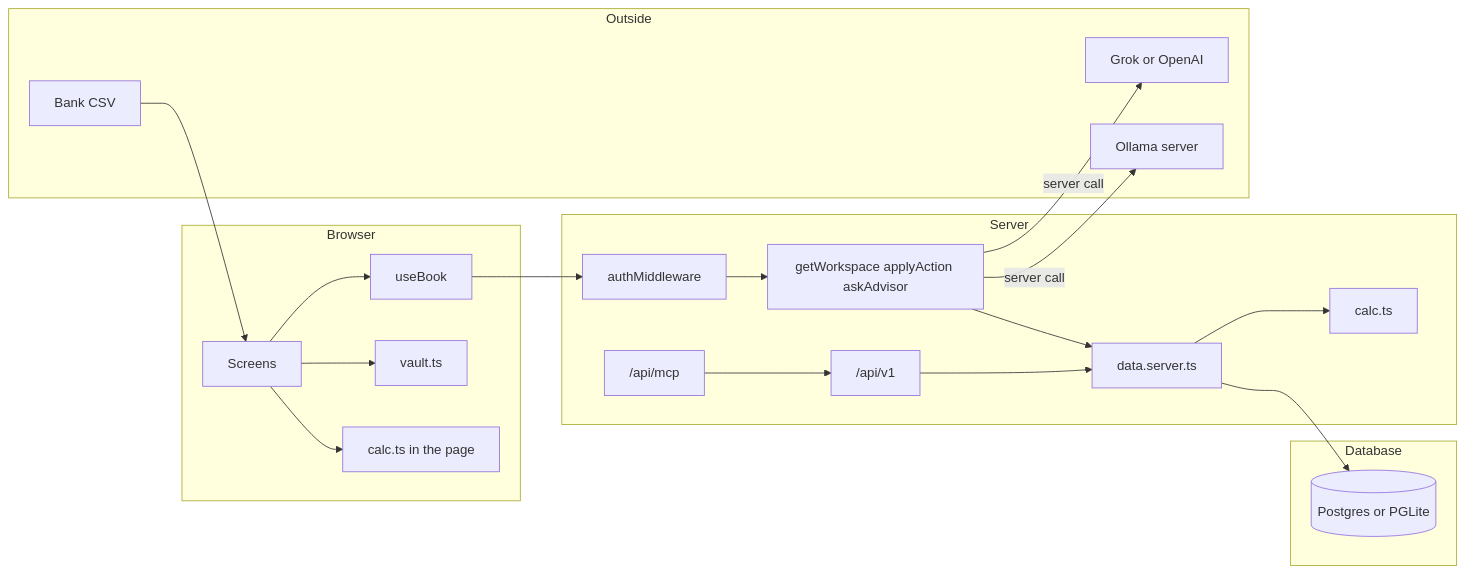
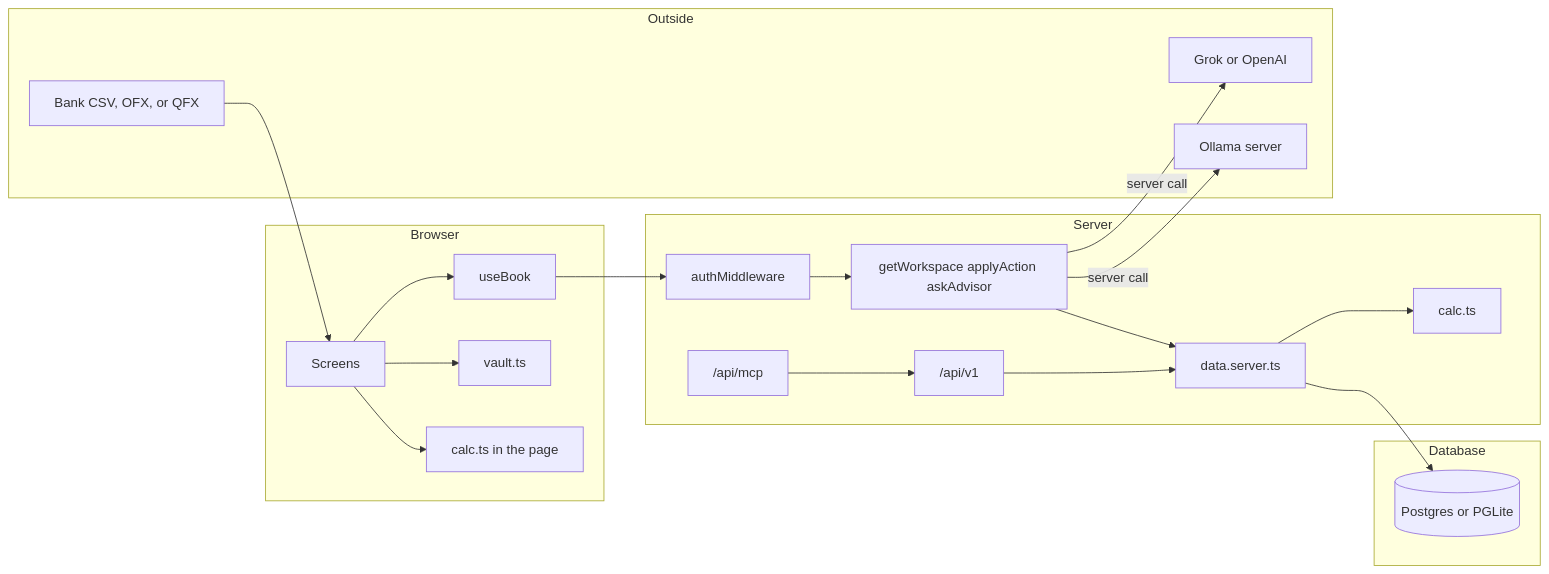
Before and after one commit to davisjw/HoneyJar: the first of 9 diagrams in docs/architecture.md, drawn with Mermaid. The commit also changed other lines of this file and 2 other files, not shown here.

First line of the commit message:
Apply QA fixes for Ollama, the plan lines, and CSV import wording.

````diff
--- a/docs/architecture.md
+++ b/docs/architecture.md
@@ -67,37 +67,37 @@
 ```mermaid
 flowchart LR
   subgraph browser [Browser]
     Screens[Screens]
     Book[useBook]
     Vault[vault.ts]
     Charts[calc.ts in the page]
   end
   subgraph server [Server]
     Auth[authMiddleware]
     Fns[getWorkspace applyAction askAdvisor]
     Api["/api/v1"]
     Mcp["/api/mcp"]
     Data[data.server.ts]
     Calc[calc.ts]
   end
   subgraph store [Database]
     Sql[(Postgres or PGLite)]
   end
   subgraph outside [Outside]
     Grok[Grok or OpenAI]
     Ollama[Ollama server]
-    Csv[Bank CSV]
+    Csv["Bank CSV, OFX, or QFX"]
   end
 
   Screens --> Book
   Screens --> Charts
   Screens --> Vault
   Book --> Auth --> Fns --> Data
   Csv --> Screens
   Api --> Data
   Mcp --> Api
   Data --> Calc
   Data --> Sql
   Fns -->|server call| Grok
   Fns -->|server call| Ollama
 ```
````
